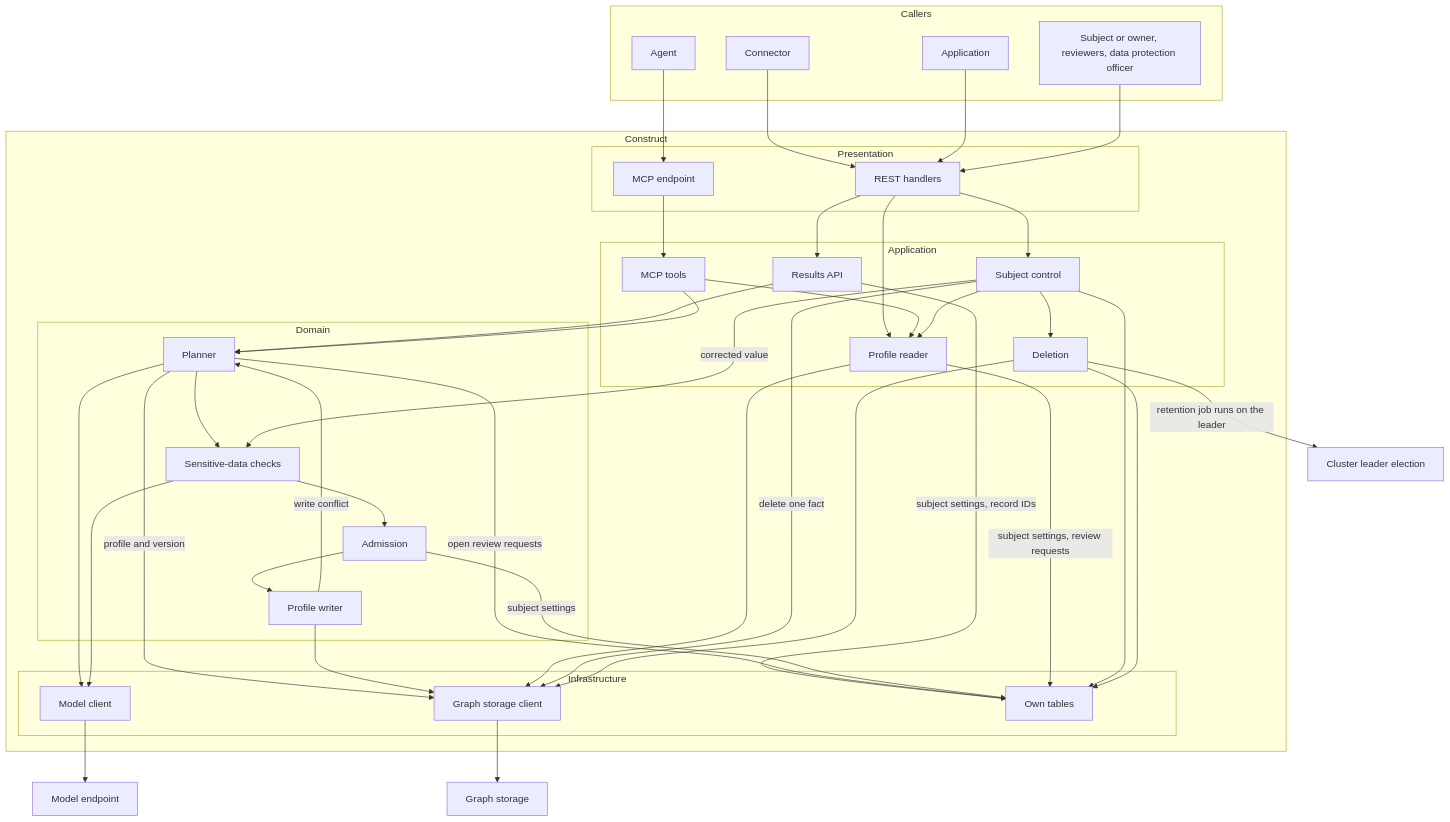
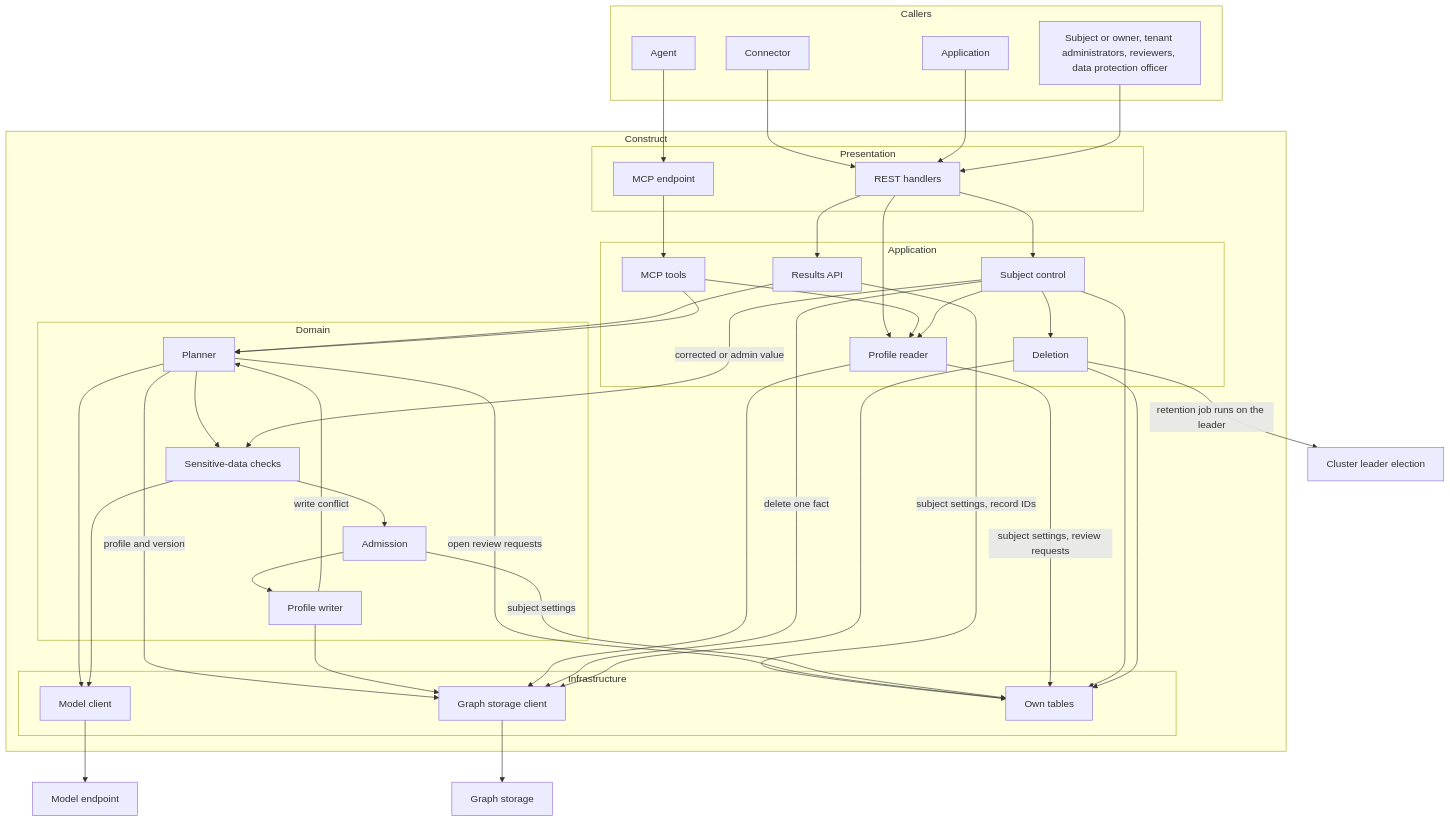
One commit to AndIConstructor/gears-rust changed the first of 9 diagrams in gears/construct/docs/DESIGN.md. Above: the diagram before and after it, drawn with Mermaid. The commit also changed other lines of this file and 1 other file, not shown here.

````diff
--- a/gears/construct/docs/DESIGN.md
+++ b/gears/construct/docs/DESIGN.md
@@ -86,65 +87,65 @@
 ```mermaid
 flowchart TD
     subgraph Callers
         CN["Connector"]
         APP["Application"]
         AG["Agent"]
-        SU["Subject or owner, reviewers, data protection officer"]
+        SU["Subject or owner, tenant administrators, reviewers, data protection officer"]
     end
     subgraph Construct
         subgraph Presentation
             REST["REST handlers"]
             MCP["MCP endpoint"]
         end
         subgraph Application_layer["Application"]
             RA["Results API"]
             SC["Subject control"]
             MT["MCP tools"]
             DEL["Deletion"]
             PR["Profile reader"]
         end
         subgraph Domain
             PL["Planner"]
             SD["Sensitive-data checks"]
             AD["Admission"]
             PW["Profile writer"]
         end
         subgraph Infrastructure
             MC["Model client"]
             GSC["Graph storage client"]
             DB["Own tables"]
         end
     end
     CN --> REST
     APP --> REST
     SU --> REST
     AG --> MCP
     REST --> RA
     REST --> SC
     REST --> PR
     MCP --> MT
     RA --> PL
     MT --> PL
     MT --> PR
     PL --> SD --> AD --> PW
     PW -->|"write conflict"| PL
     PL --> MC
     SD --> MC
     SC --> PR
     SC --> DEL
-    SC -->|"corrected value"| SD
+    SC -->|"corrected or admin value"| SD
     PL -->|"profile and version"| GSC
     PW --> GSC
     PR --> GSC
     SC -->|"delete one fact"| GSC
     DEL --> GSC
     RA -->|"subject settings, record IDs"| DB
     PL -->|"open review requests"| DB
     AD -->|"subject settings"| DB
     PR -->|"subject settings, review requests"| DB
     SC --> DB
     DEL --> DB
     DEL -->|"retention job runs on the leader"| CL["Cluster leader election"]
     MC --> EXT["Model endpoint"]
     GSC --> GS["Graph storage"]
 ```
````
